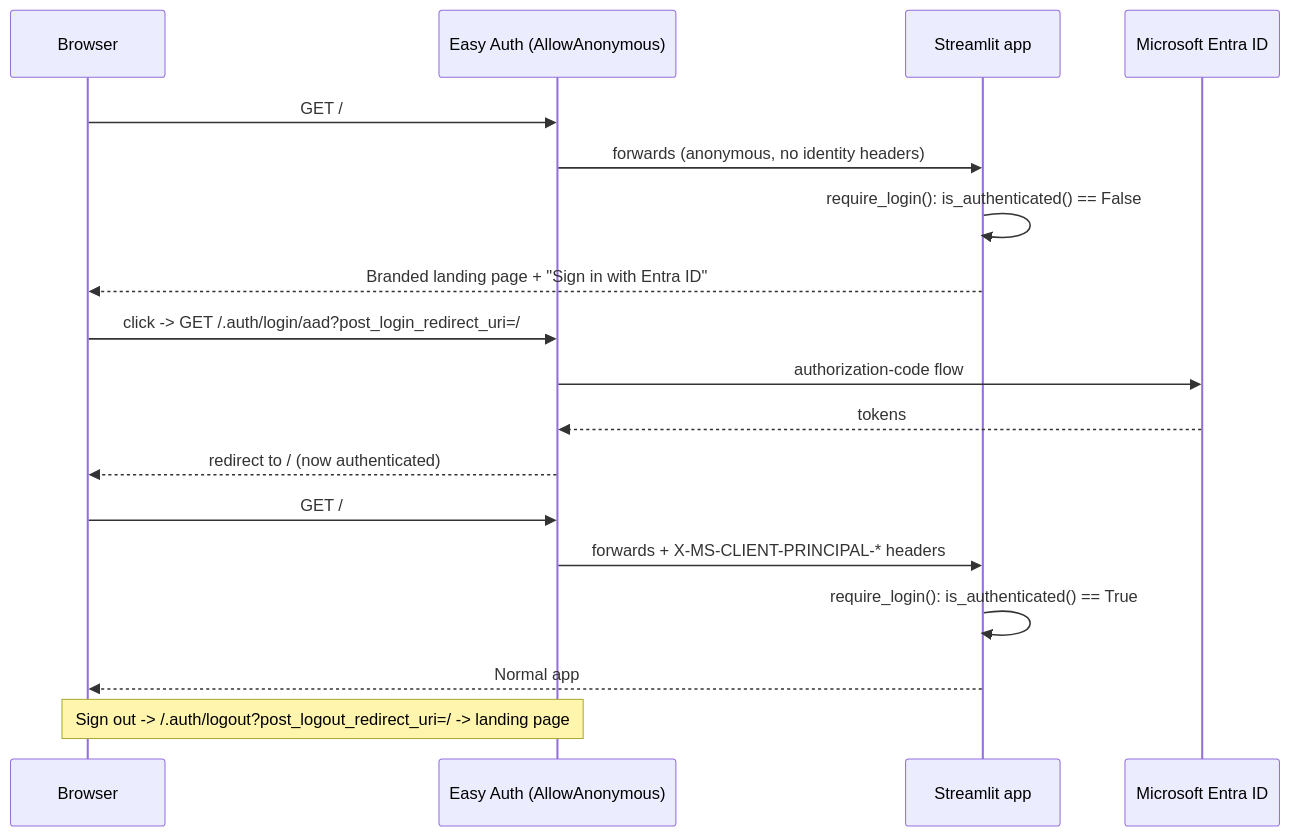
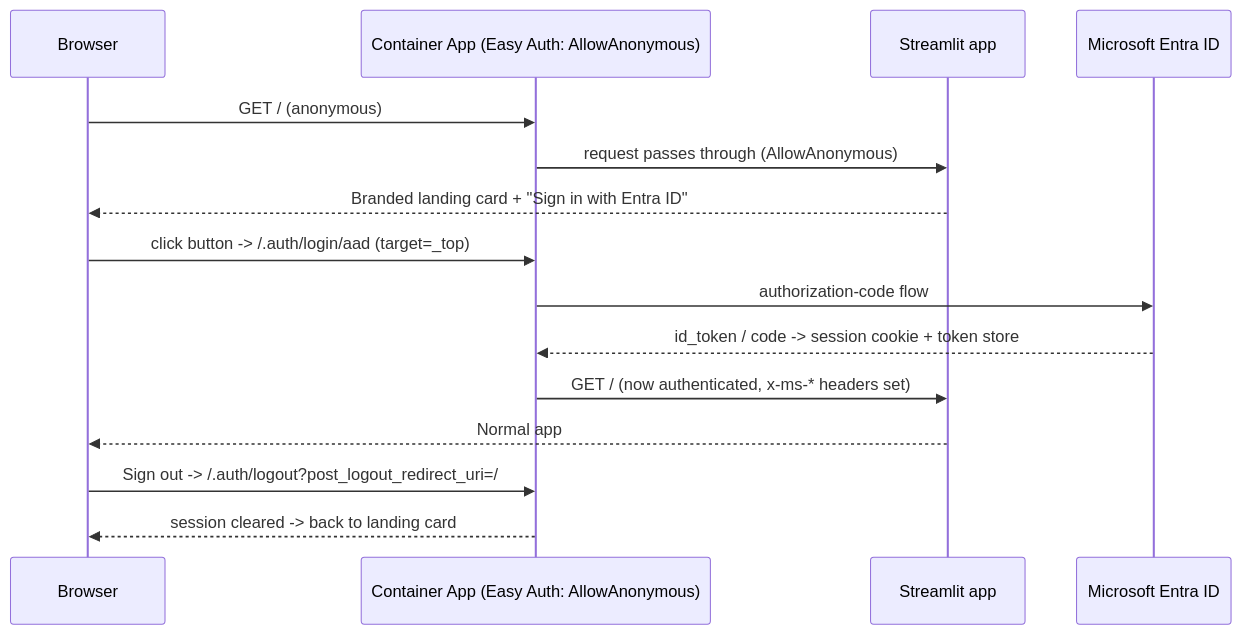
One commit to warrendt/compliance-iq changed the second of 2 diagrams in docs/branded-entra-landing-page.md. Above: the diagram before and after it, drawn with Mermaid. The commit also changed other lines of this file and 1 other file, not shown here.

First line of the commit message:
Consolidate landing page handover into one doc

````diff
--- a/docs/branded-entra-landing-page.md
+++ b/docs/branded-entra-landing-page.md
@@ -46,21 +75,18 @@
 ```mermaid
 sequenceDiagram
     participant U as Browser
-    participant EA as Easy Auth (AllowAnonymous)
-    participant App as Streamlit app
-    participant Entra as Microsoft Entra ID
+    participant CA as Container App (Easy Auth: AllowAnonymous)
+    participant APP as Streamlit app
+    participant AAD as Microsoft Entra ID
 
-    U->>EA: GET /
-    EA->>App: forwards (anonymous, no identity headers)
-    App->>App: require_login(): is_authenticated() == False
-    App-->>U: Branded landing page + "Sign in with Entra ID"
-    U->>EA: click -> GET /.auth/login/aad?post_login_redirect_uri=/
-    EA->>Entra: authorization-code flow
-    Entra-->>EA: tokens
-    EA-->>U: redirect to / (now authenticated)
-    U->>EA: GET /
-    EA->>App: forwards + X-MS-CLIENT-PRINCIPAL-* headers
-    App->>App: require_login(): is_authenticated() == True
-    App-->>U: Normal app
-    Note over U,EA: Sign out -> /.auth/logout?post_logout_redirect_uri=/ -> landing page
+    U->>CA: GET / (anonymous)
+    CA->>APP: request passes through (AllowAnonymous)
+    APP-->>U: Branded landing card + "Sign in with Entra ID"
+    U->>CA: click button -> /.auth/login/aad (target=_top)
+    CA->>AAD: authorization-code flow
+    AAD-->>CA: id_token / code -> session cookie + token store
+    CA->>APP: GET / (now authenticated, x-ms-* headers set)
+    APP-->>U: Normal app
+    U->>CA: Sign out -> /.auth/logout?post_logout_redirect_uri=/
+    CA-->>U: session cleared -> back to landing card
 ```
````
